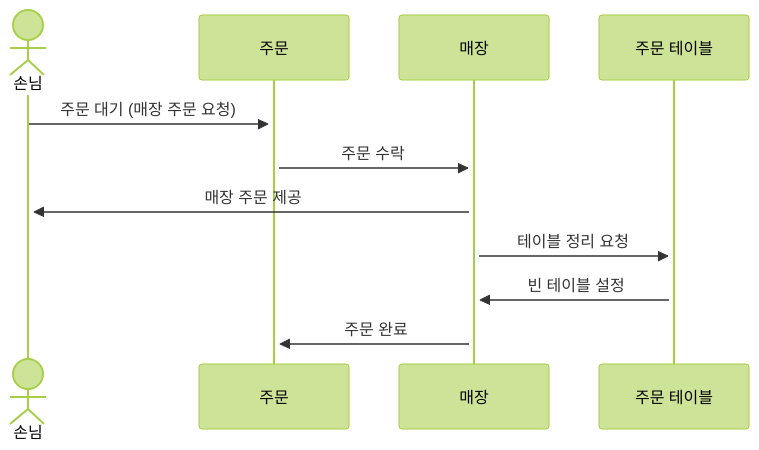
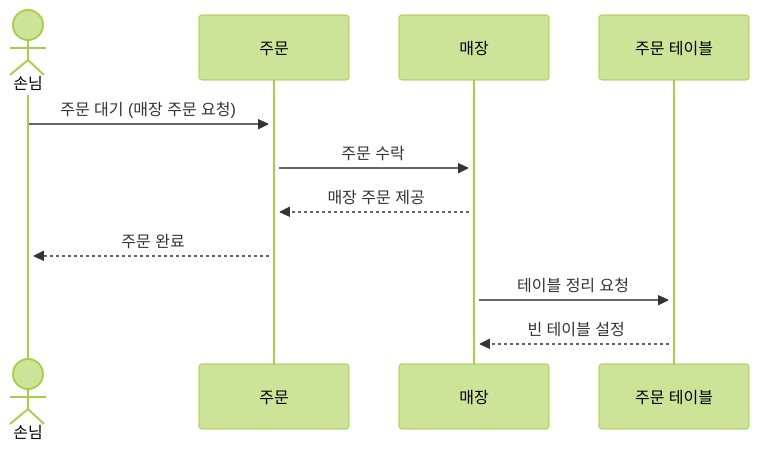
Before and after one commit to next-step/ddd-strategic-design: the sixth of 6 diagrams in README.md, drawn with Mermaid (forest theme). The commit also changed other lines of this file, not shown here.

Commit message:
docs: 주문 다이어그램 변경

````diff
--- a/README.md
+++ b/README.md
@@ -377,14 +377,14 @@
 ```mermaid
 %% Sequence Diagram: 매장 주문 프로세스
 sequenceDiagram
     actor 손님
     participant 주문
     participant 매장
 
     손님->>+주문: 주문 대기 (매장 주문 요청)
     주문->>+매장: 주문 수락
-    매장->>+손님: 매장 주문 제공
+    매장-->>+주문: 매장 주문 제공
+    주문-->>+손님: 주문 완료
     매장->>+주문 테이블: 테이블 정리 요청
-    주문 테이블->>+매장: 빈 테이블 설정
-    매장->>+주문: 주문 완료
+    주문 테이블-->>+매장: 빈 테이블 설정
 ```
````
